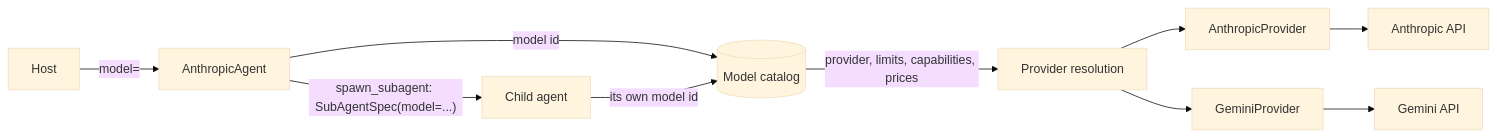
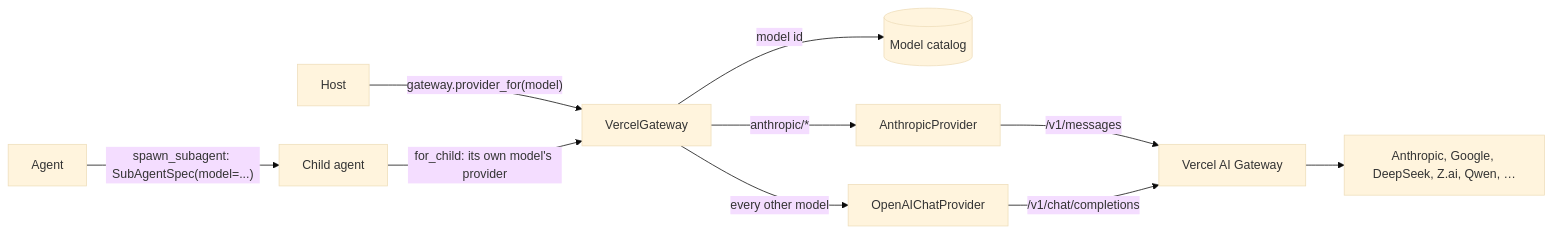
One commit to AuroSoni/agent-harness changed the second of 2 diagrams in mental_model/planned_items/multi-provider-models.md. Above: the diagram before and after it, drawn with Mermaid (base theme). The commit also changed other lines of this file and 8 other files, not shown here.

First line of the commit message:
refactor(providers): drop the OpenCode Console route for Vercel AI Gateway

````diff
--- a/mental_model/planned_items/multi-provider-models.md
+++ b/mental_model/planned_items/multi-provider-models.md
@@ -31,10 +29,12 @@
 ```mermaid
 flowchart LR
-  host["Host"] -- "model=" --> agent["AnthropicAgent"]
-  agent -- "model id" --> cat[("Model catalog")]
-  cat -- "provider, limits, capabilities, prices" --> res["Provider resolution"]
-  res --> ap["AnthropicProvider"] --> anth["Anthropic API"]
-  res --> gp["GeminiProvider"] --> gem["Gemini API"]
-  agent -- "spawn_subagent: SubAgentSpec(model=...)" --> child["Child agent"]
-  child -- "its own model id" --> cat
+  host["Host"] -- "gateway.provider_for(model)" --> gw["VercelGateway"]
+  gw -- "model id" --> cat[("Model catalog")]
+  gw -- "anthropic/*" --> ap["AnthropicProvider"]
+  gw -- "every other model" --> oc["OpenAIChatProvider"]
+  ap -- "/v1/messages" --> vg["Vercel AI Gateway"]
+  oc -- "/v1/chat/completions" --> vg
+  vg --> models["Anthropic, Google, DeepSeek, Z.ai, Qwen, …"]
+  agent["Agent"] -- "spawn_subagent: SubAgentSpec(model=...)" --> child["Child agent"]
+  child -- "for_child: its own model's provider" --> gw
 ```
````
